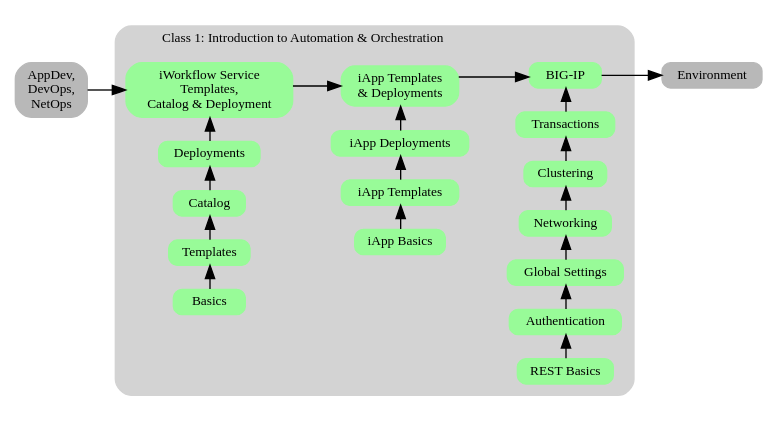
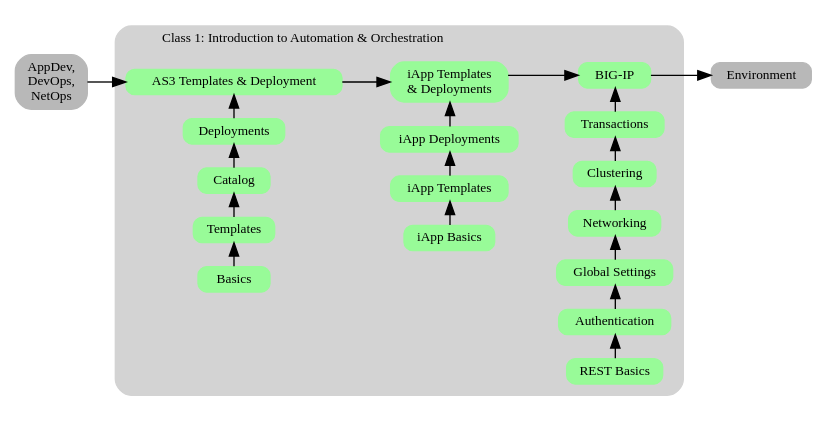
Before and after one commit to f5devcentral/f5-automation-labs: the diagram in docs/class1/conclusion.rst, drawn with Graphviz. The commit also changed 224 other files, not shown here.

```diff
--- a/docs/class1/conclusion.rst
+++ b/docs/class1/conclusion.rst
@@ -4,47 +4,47 @@
 .. graphviz::
 
    digraph breadcrumb {
         rankdir="LR"
         ranksep=.4
         splines=ortho
         node [fontsize=10,style="rounded,filled",shape=box,color=palegreen,margin="0.05,0.05",height=0.1]
         fontsize = 10
         labeljust="l"
         consumer [label="AppDev,&#92;nDevOps,&#92;nNetOps",color="gray72"]
         environment [label="Environment",color="gray72"]
         subgraph cluster_class1 {
             style = "rounded,filled"
             color = lightgrey
             height = .75
             label = "Class 1: Introduction to Automation & Orchestration"
             bigip [label="BIG-IP"]
             iapps [label="iApp Templates&#92;n& Deployments"]
-            iwf [label="iWorkflow Service&#92;nTemplates,&#92;nCatalog & Deployment"]
+            iwf [label="AS3 Templates & Deployment"]
             {
                 rank=same
                 rest_basics [label="REST Basics"]
                 authentication [label="Authentication"]
                 globalsettings [label="Global Settings"]
                 networking [label="Networking"]
                 clustering [label="Clustering"]
                 transactions [label="Transactions"]
                 rest_basics -> authentication -> globalsettings -> networking -> clustering -> transactions -> bigip
             }
             {
                 rank=same
                 iapp_basics [label="iApp Basics"]
                 iapp_templates [label="iApp Templates"]
                 iapp_deployments [label="iApp Deployments"]
                 iapp_basics -> iapp_templates -> iapp_deployments -> iapps
             }
             {
                 rank=same
                 onboarding [label="Basics"]
                 templates [label="Templates"]
                 catalog [label="Catalog"]
                 deployments [label="Deployments"]
                 onboarding -> templates -> catalog -> deployments -> iwf
             }
         }
         consumer -> iwf -> iapps -> bigip -> environment
    }
```
